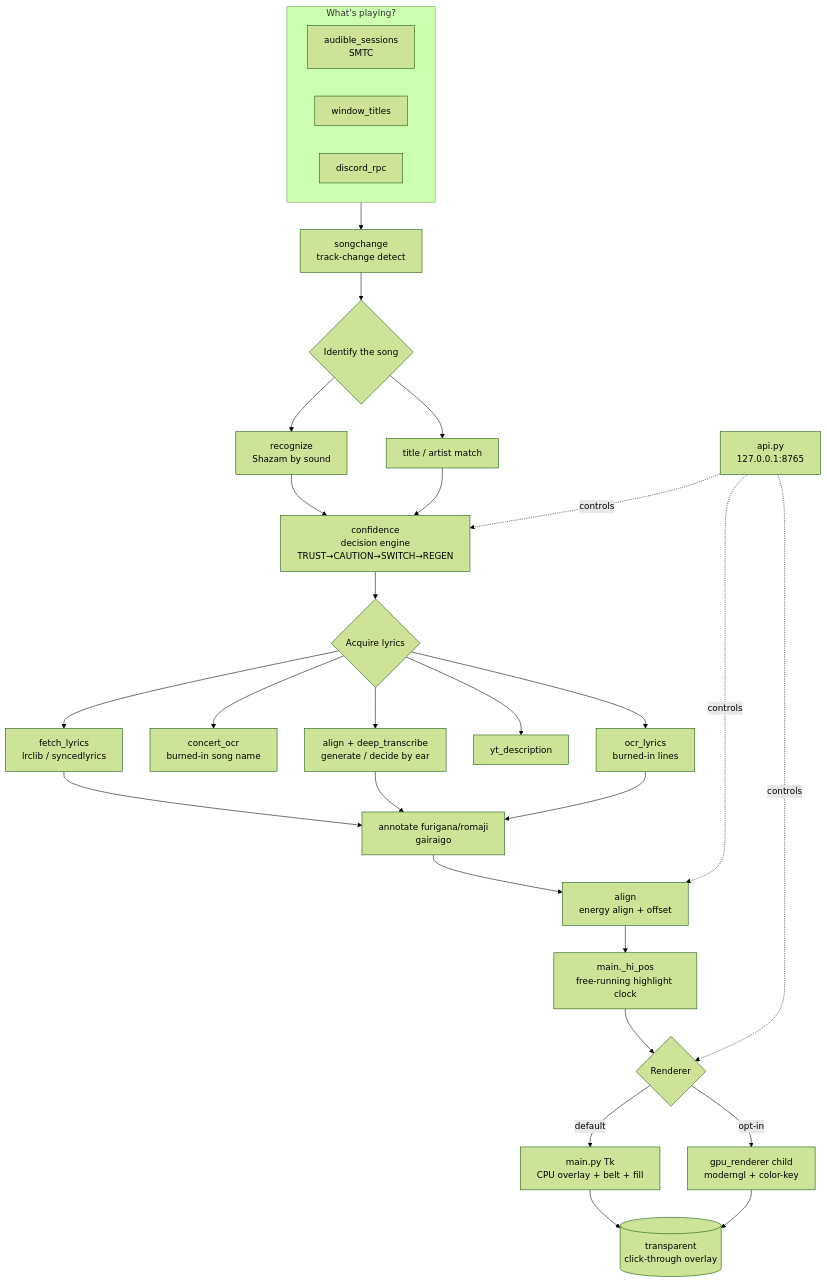
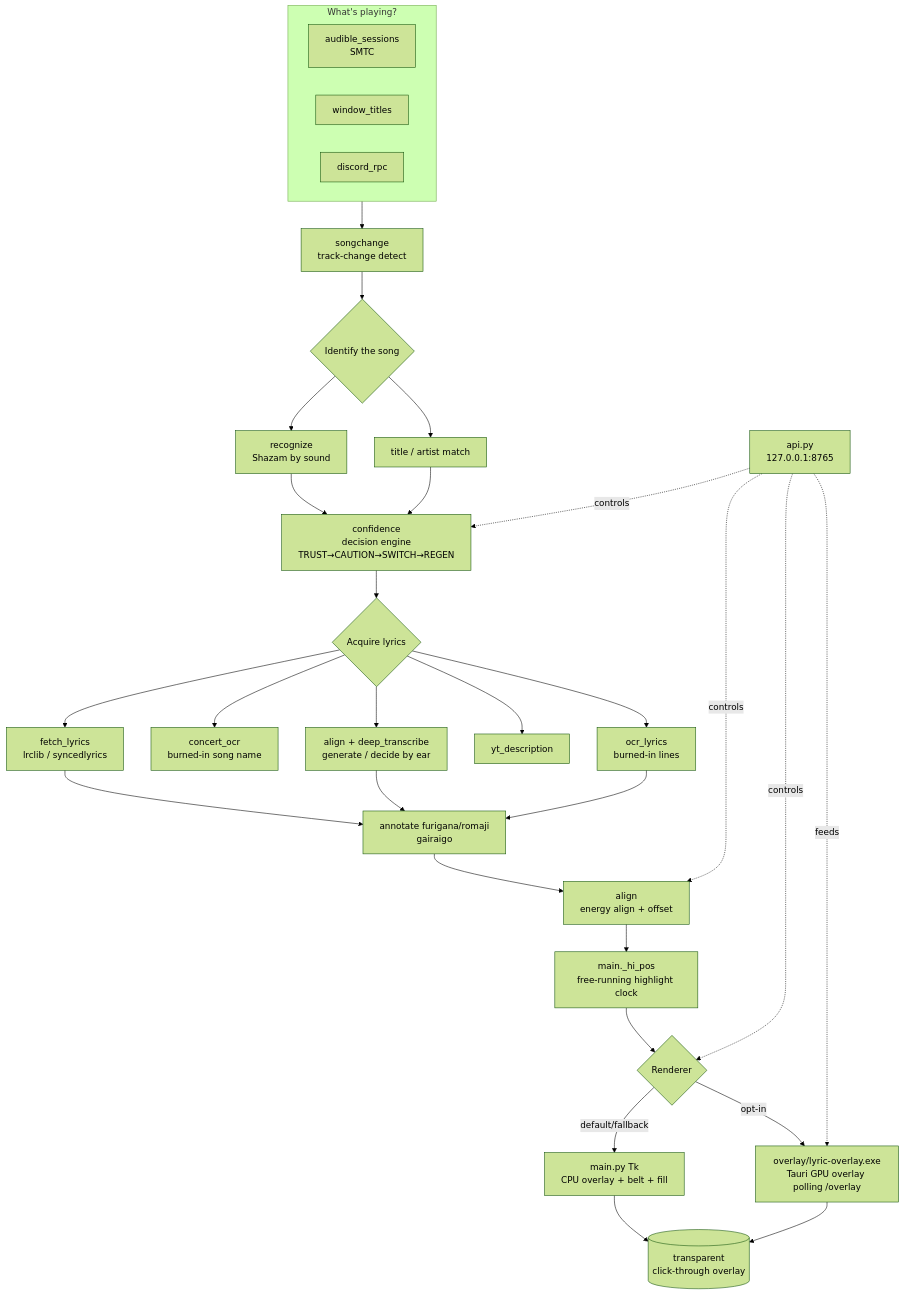
One commit to BarnsL/Lyric-Immersion-and-Karaoke changed the diagram in docs/DEPLOYMENT.md. Above: the diagram before and after it, drawn with Mermaid (forest theme). The commit also changed other lines of this file and 11 other files, not shown here.

First line of the commit message:
docs: concert corpus + research, repo org, subtitles API, handover; scrub quoted lyric lines

````diff
--- a/docs/DEPLOYMENT.md
+++ b/docs/DEPLOYMENT.md
@@ -169,39 +172,40 @@
 ```mermaid
 flowchart TD
     subgraph SRC["What's playing?"]
         SMTC[audible_sessions<br/>SMTC] 
         WT[window_titles]
         DRP[discord_rpc]
     end
     SRC --> SC[songchange<br/>track-change detect]
 
     SC --> ID{Identify the song}
     ID --> SHZ[recognize<br/>Shazam by sound]
     ID --> TITLE[title / artist match]
 
     SHZ --> DE[confidence<br/>decision engine<br/>TRUST→CAUTION→SWITCH→REGEN]
     TITLE --> DE
 
     DE --> ACQ{Acquire lyrics}
     ACQ --> FETCH[fetch_lyrics<br/>lrclib / syncedlyrics]
     ACQ --> COCR[concert_ocr<br/>burned-in song name]
     ACQ --> OCR[ocr_lyrics<br/>burned-in lines]
     ACQ --> YTD[yt_description]
     ACQ --> GEN[align + deep_transcribe<br/>generate / decide by ear]
 
     FETCH --> ANN[annotate furigana/romaji<br/>gairaigo]
     GEN --> ANN
     OCR --> ANN
     ANN --> SYNC[align<br/>energy align + offset]
 
     SYNC --> CLOCK[main._hi_pos<br/>free-running highlight clock]
     CLOCK --> R{Renderer}
-    R -->|default| TK[main.py Tk<br/>CPU overlay + belt + fill]
-    R -->|opt-in| GPU[gpu_renderer child<br/>moderngl + color-key]
+    R -->|default/fallback| TK[main.py Tk<br/>CPU overlay + belt + fill]
+    R -->|opt-in| GPU[overlay/lyric-overlay.exe<br/>Tauri GPU overlay polling /overlay]
     TK --> SCREEN[(transparent<br/>click-through overlay)]
     GPU --> SCREEN
 
     API[api.py<br/>127.0.0.1:8765] -.controls.-> DE
     API -.controls.-> SYNC
     API -.controls.-> R
+    API -.feeds.-> GPU
 ```
````
